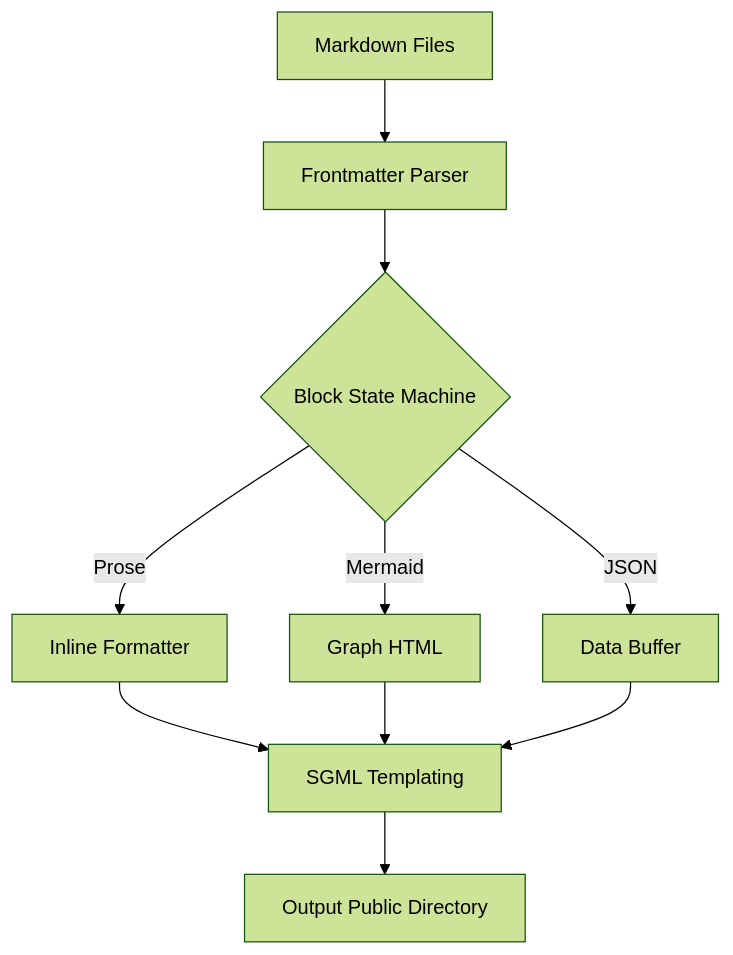
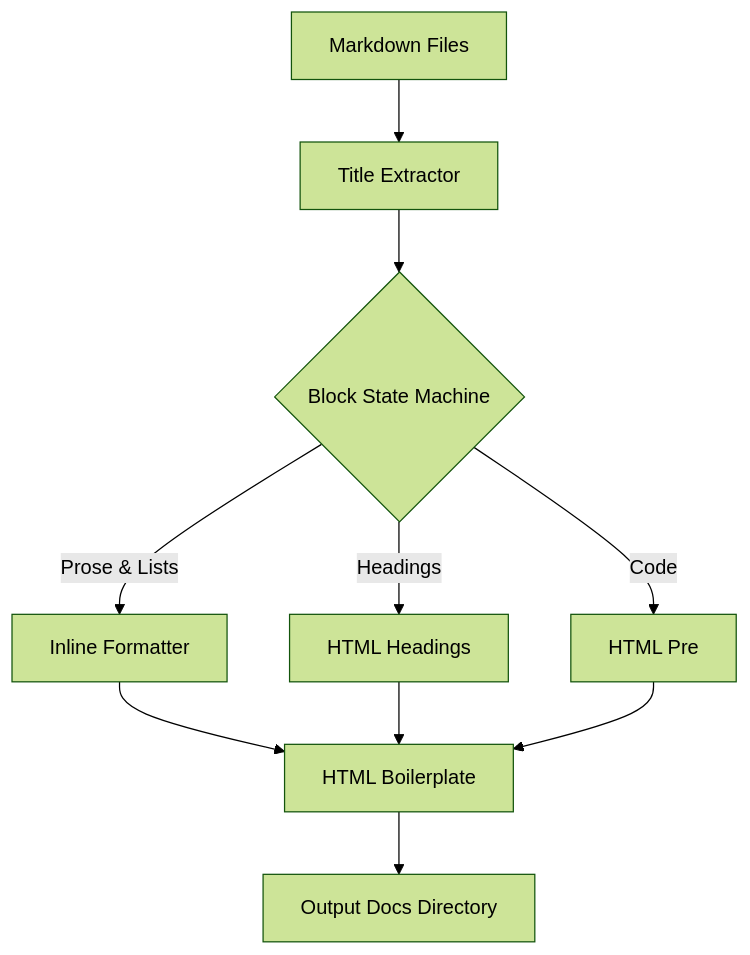
One commit to alexandrepires5/personal-ssg-odin changed the diagram in content/blog/architecture.md. Above: the diagram before and after it, drawn with Mermaid (forest theme). The commit also changed other lines of this file and 5 other files, not shown here.

````diff
--- a/content/blog/architecture.md
+++ b/content/blog/architecture.md
@@ -9,12 +9,12 @@
 ```mermaid
 graph TD
-    A[Markdown Files] --> B[Frontmatter Parser]
+    A[Markdown Files] --> B[Title Extractor]
     B --> C{Block State Machine}
-    C -->|Prose| D[Inline Formatter]
-    C -->|Mermaid| E[Graph HTML]
-    C -->|JSON| F[Data Buffer]
-    D --> G[SGML Templating]
+    C -->|Prose & Lists| D[Inline Formatter]
+    C -->|Headings| E[HTML Headings]
+    C -->|Code| F[HTML Pre]
+    D --> G[HTML Boilerplate]
     E --> G
     F --> G
-    G --> H[Output Public Directory]
+    G --> H[Output Docs Directory]
 ```
````
